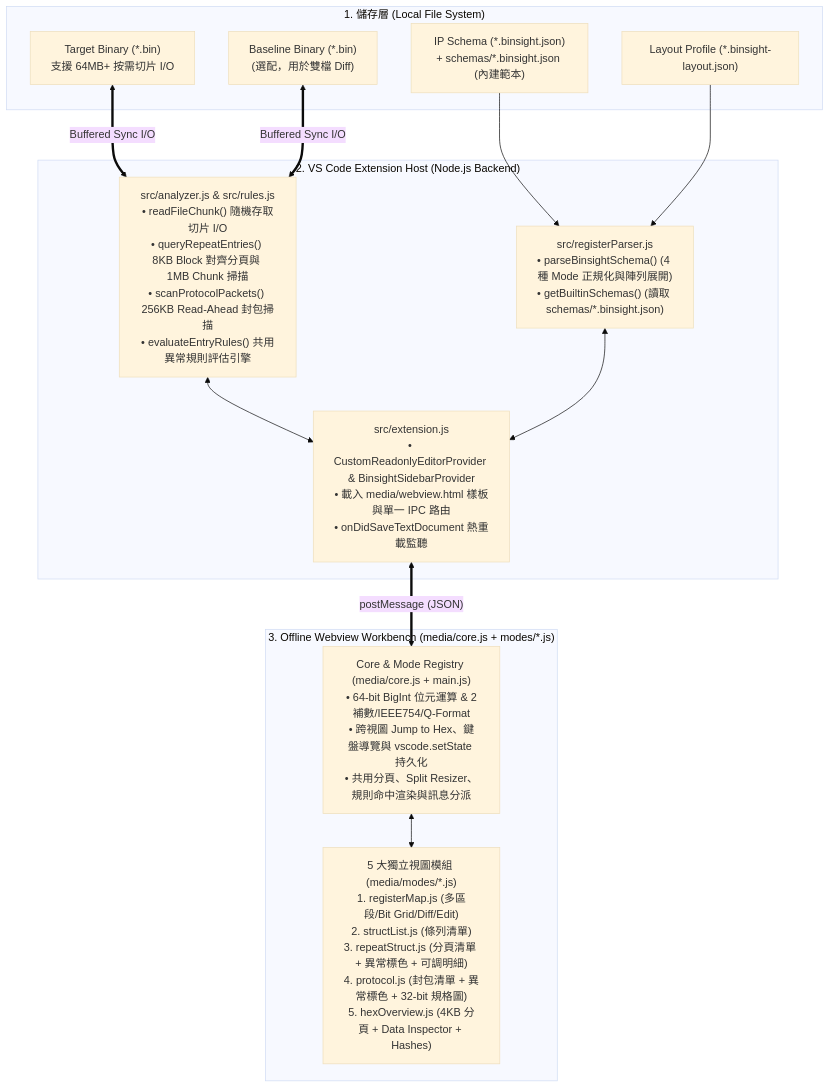
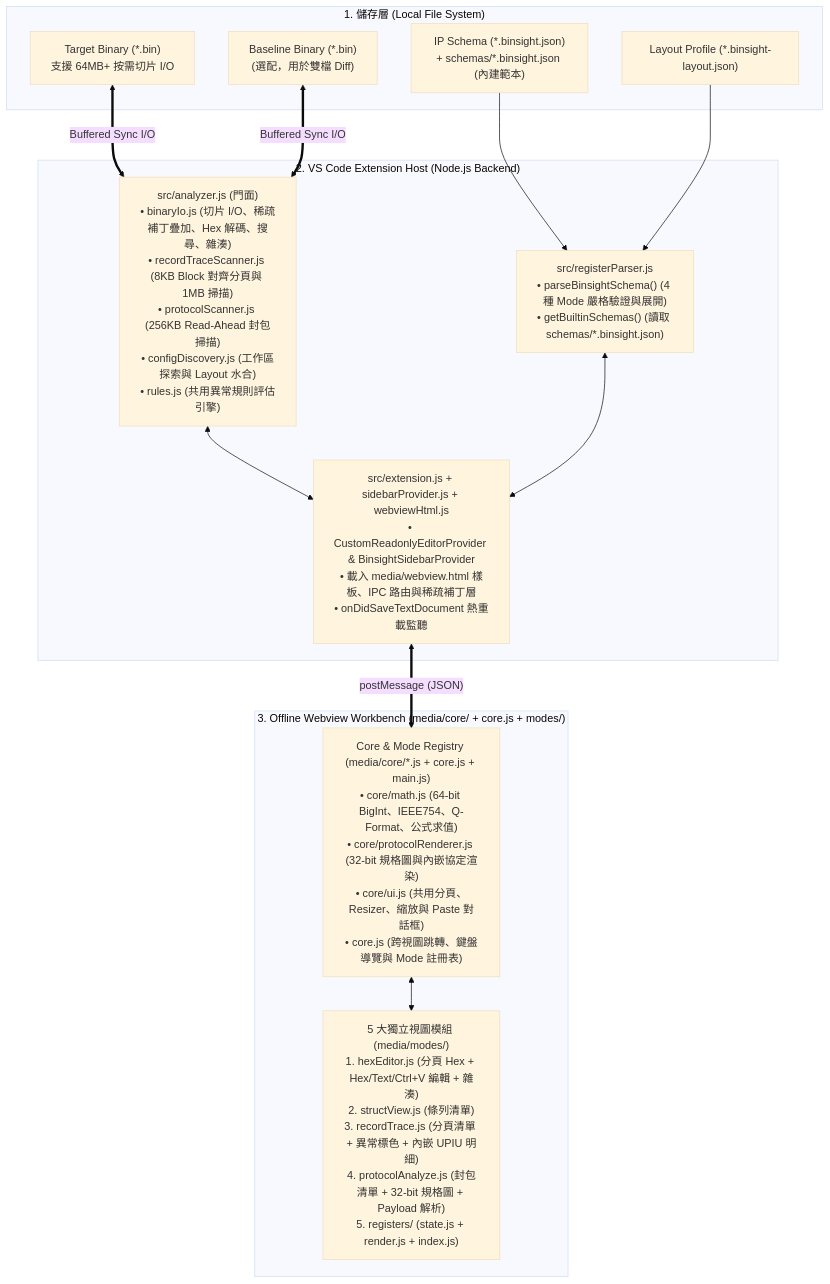
The diagram in DESIGN.md (cy023/binsight), drawn with Mermaid (base theme) before and after one commit. The commit also changed other lines of this file and 60 other files, not shown here.

````diff
--- a/DESIGN.md
+++ b/DESIGN.md
@@ -12,27 +12,27 @@
 ```mermaid
 flowchart TB
     subgraph Disk["1. 儲存層 (Local File System)"]
         BIN["Target Binary (*.bin)<br/>支援 64MB+ 按需切片 I/O"]
         BASE_BIN["Baseline Binary (*.bin)<br/>(選配，用於雙檔 Diff)"]
         SCH["IP Schema (*.binsight.json)<br/>+ schemas/*.binsight.json (內建範本)"]
         LAY["Layout Profile (*.binsight-layout.json)"]
     end
 
     subgraph ExtHost["2. VS Code Extension Host (Node.js Backend)"]
-        EXT["src/extension.js<br/>• CustomReadonlyEditorProvider & BinsightSidebarProvider<br/>• 載入 media/webview.html 樣板與單一 IPC 路由<br/>• onDidSaveTextDocument 熱重載監聽"]
-        ANA["src/analyzer.js & src/rules.js<br/>• readFileChunk() 隨機存取切片 I/O<br/>• queryRepeatEntries() 8KB Block 對齊分頁與 1MB Chunk 掃描<br/>• scanProtocolPackets() 256KB Read-Ahead 封包掃描<br/>• evaluateEntryRules() 共用異常規則評估引擎"]
-        PAR["src/registerParser.js<br/>• parseBinsightSchema() (4 種 Mode 正規化與陣列展開)<br/>• getBuiltinSchemas() (讀取 schemas/*.binsight.json)"]
+        EXT["src/extension.js + sidebarProvider.js + webviewHtml.js<br/>• CustomReadonlyEditorProvider & BinsightSidebarProvider<br/>• 載入 media/webview.html 樣板、IPC 路由與稀疏補丁層<br/>• onDidSaveTextDocument 熱重載監聽"]
+        ANA["src/analyzer.js (門面)<br/>• binaryIo.js (切片 I/O、稀疏補丁疊加、Hex 解碼、搜尋、雜湊)<br/>• recordTraceScanner.js (8KB Block 對齊分頁與 1MB 掃描)<br/>• protocolScanner.js (256KB Read-Ahead 封包掃描)<br/>• configDiscovery.js (工作區探索與 Layout 水合)<br/>• rules.js (共用異常規則評估引擎)"]
+        PAR["src/registerParser.js<br/>• parseBinsightSchema() (4 種 Mode 嚴格驗證與展開)<br/>• getBuiltinSchemas() (讀取 schemas/*.binsight.json)"]
     end
 
-    subgraph Webview["3. Offline Webview Workbench (media/core.js + modes/*.js)"]
-        STATE["Core & Mode Registry (media/core.js + main.js)<br/>• 64-bit BigInt 位元運算 & 2補數/IEEE754/Q-Format<br/>• 跨視圖 Jump to Hex、鍵盤導覽與 vscode.setState 持久化<br/>• 共用分頁、Split Resizer、規則命中渲染與訊息分派"]
-        VIEWS["5 大獨立視圖模組 (media/modes/*.js)<br/>1. registerMap.js (多區段/Bit Grid/Diff/Edit)<br/>2. structList.js (條列清單)<br/>3. repeatStruct.js (分頁清單 + 異常標色 + 可調明細)<br/>4. protocol.js (封包清單 + 異常標色 + 32-bit 規格圖)<br/>5. hexOverview.js (4KB 分頁 + Data Inspector + Hashes)"]
+    subgraph Webview["3. Offline Webview Workbench (media/core/ + core.js + modes/)"]
+        STATE["Core & Mode Registry (media/core/*.js + core.js + main.js)<br/>• core/math.js (64-bit BigInt、IEEE754、Q-Format、公式求值)<br/>• core/protocolRenderer.js (32-bit 規格圖與內嵌協定渲染)<br/>• core/ui.js (共用分頁、Resizer、縮放與 Paste 對話框)<br/>• core.js (跨視圖跳轉、鍵盤導覽與 Mode 註冊表)"]
+        VIEWS["5 大獨立視圖模組 (media/modes/)<br/>1. hexEditor.js (分頁 Hex + Hex/Text/Ctrl+V 編輯 + 雜湊)<br/>2. structView.js (條列清單)<br/>3. recordTrace.js (分頁清單 + 異常標色 + 內嵌 UPIU 明細)<br/>4. protocolAnalyze.js (封包清單 + 32-bit 規格圖 + Payload 解析)<br/>5. registers/ (state.js + render.js + index.js)"]
     end
 
     BIN & BASE_BIN <== "Buffered Sync I/O" ==> ANA
     SCH & LAY --> PAR
     ANA <--> EXT
     PAR <--> EXT
     EXT <== "postMessage (JSON)" ==> STATE
     STATE <--> VIEWS
 ```
````
